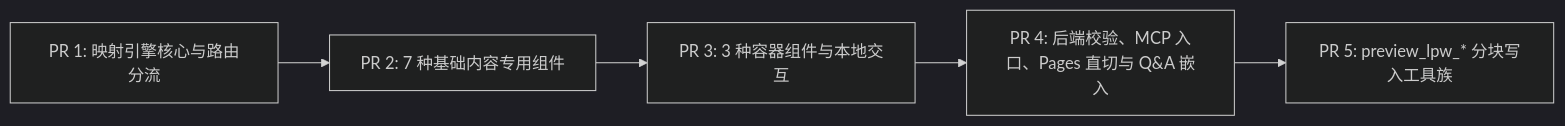
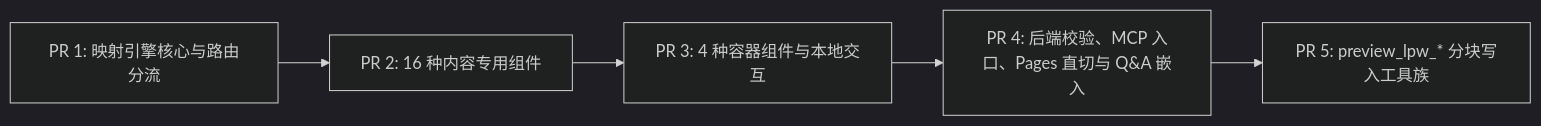
One commit to xiaolfeng/Lumina changed the fourth of 4 diagrams in docs/engineering/design/0003-preview-lpw-document-renderer.md. Above: the diagram before and after it, drawn with Mermaid (dark theme). The commit also changed other lines of this file, not shown here.

First line of the commit message:
docs(预览): LPW v1 组件库扩充至 20 种并新增图表能力

````diff
--- a/docs/engineering/design/0003-preview-lpw-document-renderer.md
+++ b/docs/engineering/design/0003-preview-lpw-document-renderer.md
@@ -1280,7 +1648,7 @@
 ```mermaid
 flowchart LR
-  PR1["PR 1: 映射引擎核心与路由分流"] --> PR2["PR 2: 7 种基础内容专用组件"]
-  PR2 --> PR3["PR 3: 3 种容器组件与本地交互"]
+  PR1["PR 1: 映射引擎核心与路由分流"] --> PR2["PR 2: 16 种内容专用组件"]
+  PR2 --> PR3["PR 3: 4 种容器组件与本地交互"]
   PR3 --> PR4["PR 4: 后端校验、MCP 入口、Pages 直切与 Q&A 嵌入"]
   PR4 --> PR5["PR 5: preview_lpw_* 分块写入工具族"]
 ```
````
